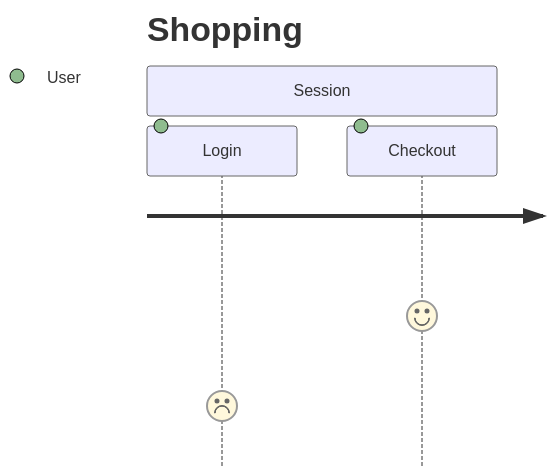
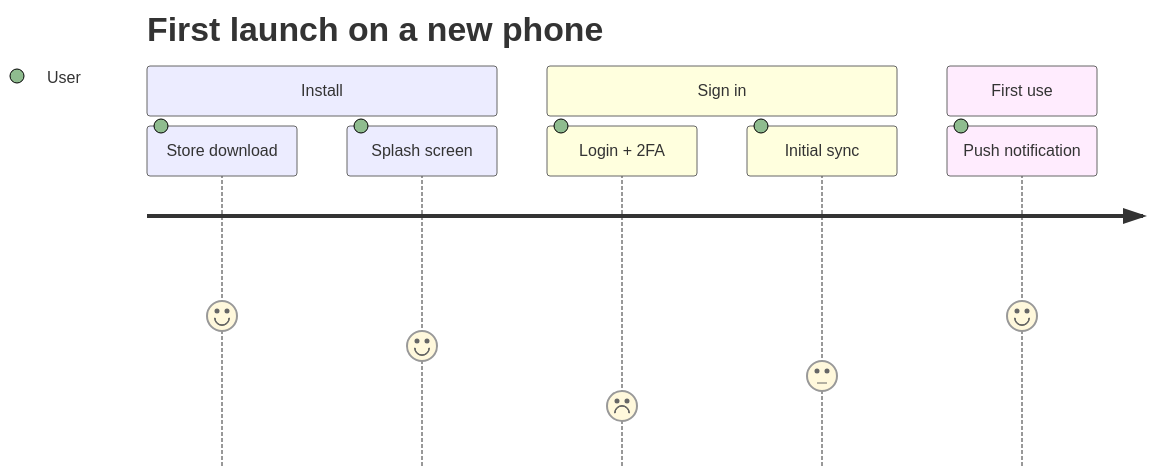
The sixth of 10 diagrams in Templates/Examples.md (siliconlemon/template-vault-general), drawn with Mermaid before and after one commit. The commit also changed other lines of this file and 2 other files, not shown here.

Commit message:
Mermaid: violet chart palette, lighter journey sections, technical journey example

````diff
--- a/Templates/Examples.md
+++ b/Templates/Examples.md
@@ -186,7 +186,12 @@
 ```mermaid
 journey
-    title Shopping
-    section Session
-      Login: 2: User
-      Checkout: 5: User
+    title First launch on a new phone
+    section Install
+      Store download: 5: User
+      Splash screen: 4: User
+    section Sign in
+      Login + 2FA: 2: User
+      Initial sync: 3: User
+    section First use
+      Push notification: 5: User
 ```
````
